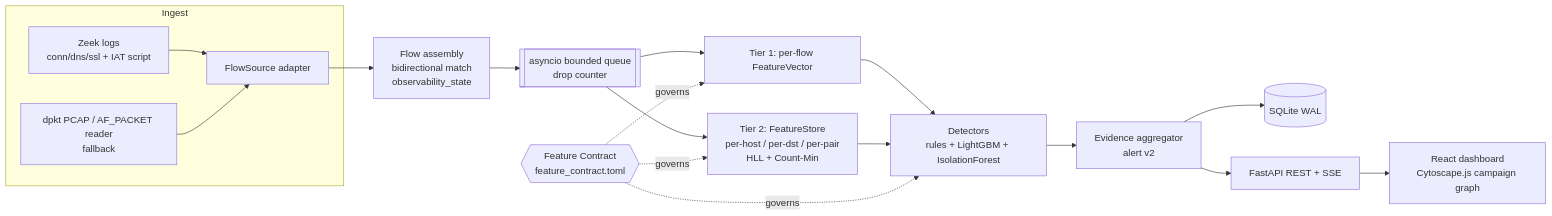
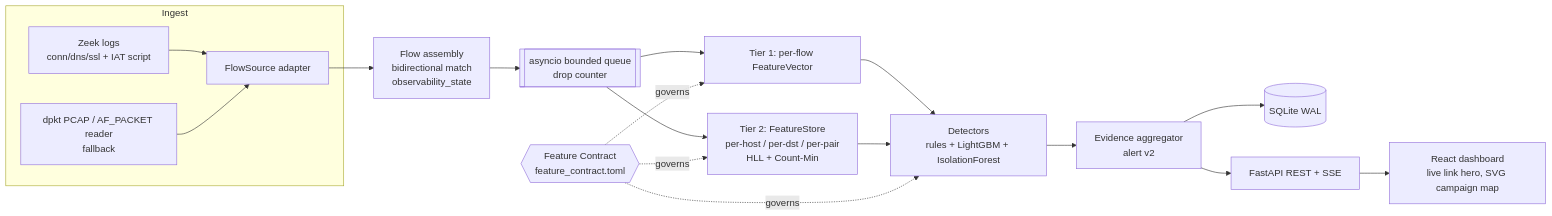
One commit to SIH-2026-CSM-A/26145 changed the diagram in docs/ARCHITECTURE.md. Above: the diagram before and after it, drawn with Mermaid. The commit also changed other lines of this file and 25 other files, not shown here.

````diff
--- a/docs/ARCHITECTURE.md
+++ b/docs/ARCHITECTURE.md
@@ -37,19 +37,19 @@
 ```mermaid
 flowchart LR
     subgraph Ingest
       Z[Zeek logs<br/>conn/dns/ssl + IAT script] --> FS
       P[dpkt PCAP / AF_PACKET reader<br/>fallback] --> FS
       FS[FlowSource adapter]
     end
     FS --> FT[Flow assembly<br/>bidirectional match<br/>observability_state]
     FT --> Q[[asyncio bounded queue<br/>drop counter]]
     Q --> T1[Tier 1: per-flow FeatureVector]
     Q --> T2[Tier 2: FeatureStore<br/>per-host / per-dst / per-pair<br/>HLL + Count-Min]
     T1 --> D[Detectors<br/>rules + LightGBM + IsolationForest]
     T2 --> D
     C{{Feature Contract<br/>feature_contract.toml}} -. governs .-> T1 & T2 & D
     D --> A[Evidence aggregator<br/>alert v2]
     A --> S[(SQLite WAL)]
     A --> API[FastAPI REST + SSE]
-    API --> UI[React dashboard<br/>Cytoscape.js campaign graph]
+    API --> UI[React dashboard<br/>live link hero, SVG campaign map]
 ```
````
